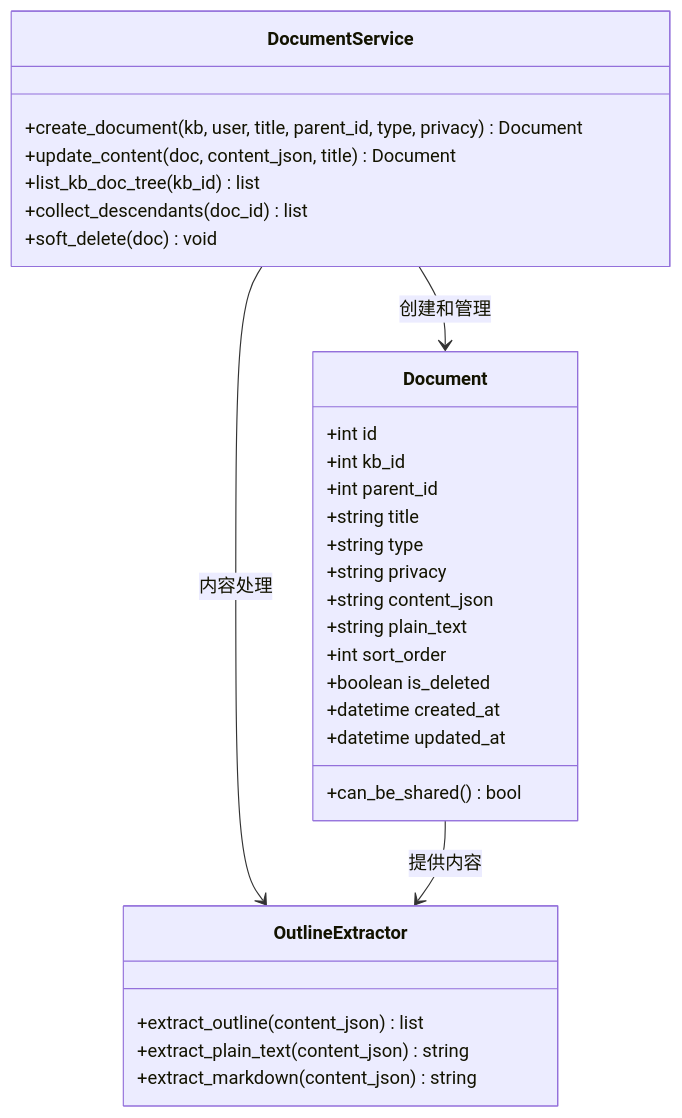
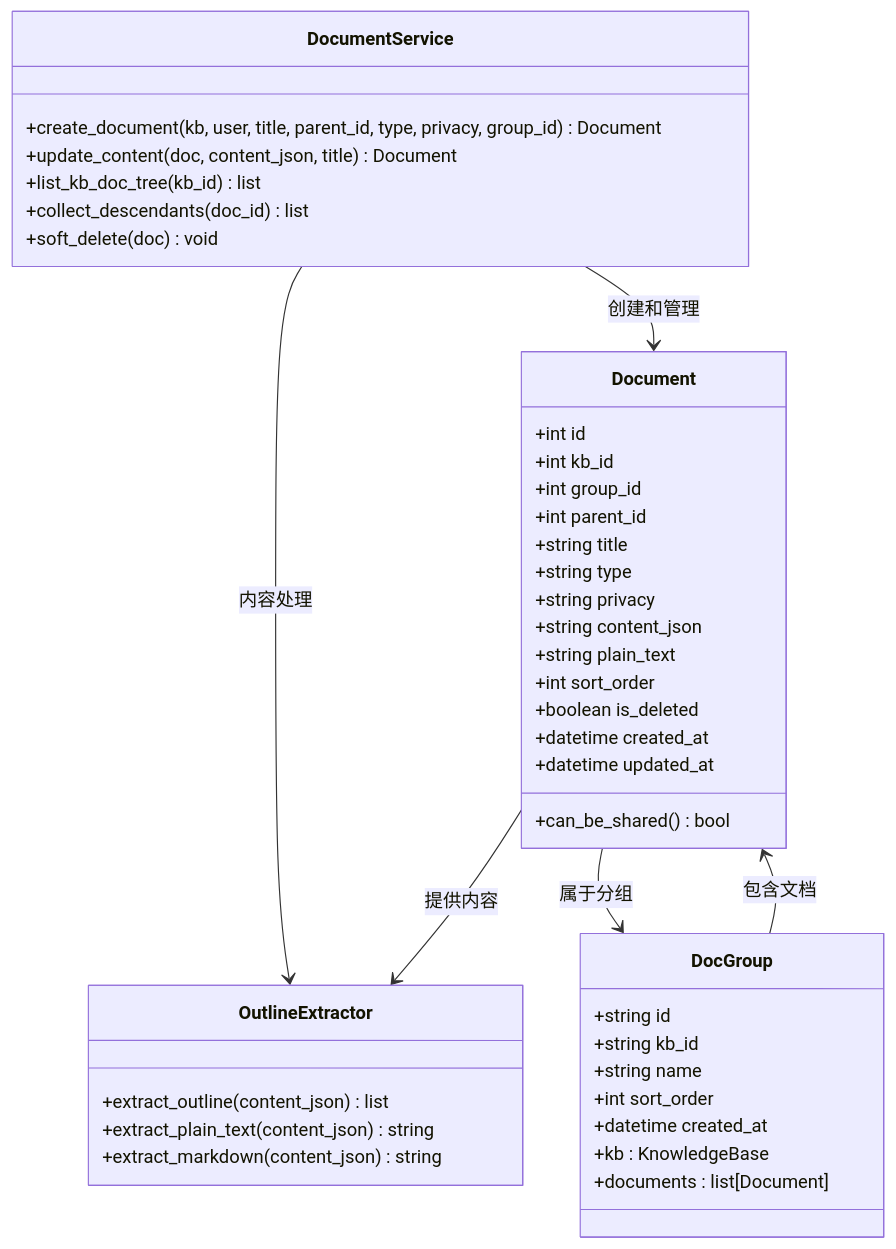
One commit to beyondalbert/my_wiki changed the sixth of 18 diagrams in .qoder/repowiki/zh/content/架构设计/蓝图系统设计/文档蓝图 (Document Blueprint).md. Above: the diagram before and after it, drawn with Mermaid. The commit also changed other lines of this file and 5 other files, not shown here.

````diff
--- a/.qoder/repowiki/zh/content/架构设计/蓝图系统设计/文档蓝图 (Document Blueprint).md
+++ b/.qoder/repowiki/zh/content/架构设计/蓝图系统设计/文档蓝图 (Document Blueprint).md
@@ -360,33 +388,45 @@
 ```mermaid
 classDiagram
 class Document {
 +int id
 +int kb_id
++int group_id
 +int parent_id
 +string title
 +string type
 +string privacy
 +string content_json
 +string plain_text
 +int sort_order
 +boolean is_deleted
 +datetime created_at
 +datetime updated_at
 +can_be_shared() bool
 }
+class DocGroup {
++string id
++string kb_id
++string name
++int sort_order
++datetime created_at
++kb : KnowledgeBase
++documents : list[Document]
+}
 class DocumentService {
-+create_document(kb, user, title, parent_id, type, privacy) Document
++create_document(kb, user, title, parent_id, type, privacy, group_id) Document
 +update_content(doc, content_json, title) Document
 +list_kb_doc_tree(kb_id) list
 +collect_descendants(doc_id) list
 +soft_delete(doc) void
 }
 class OutlineExtractor {
 +extract_outline(content_json) list
 +extract_plain_text(content_json) string
 +extract_markdown(content_json) string
 }
 DocumentService --> Document : 创建和管理
 DocumentService --> OutlineExtractor : 内容处理
 Document --> OutlineExtractor : 提供内容
+DocGroup --> Document : 包含文档
+Document --> DocGroup : 属于分组
 ```
````
